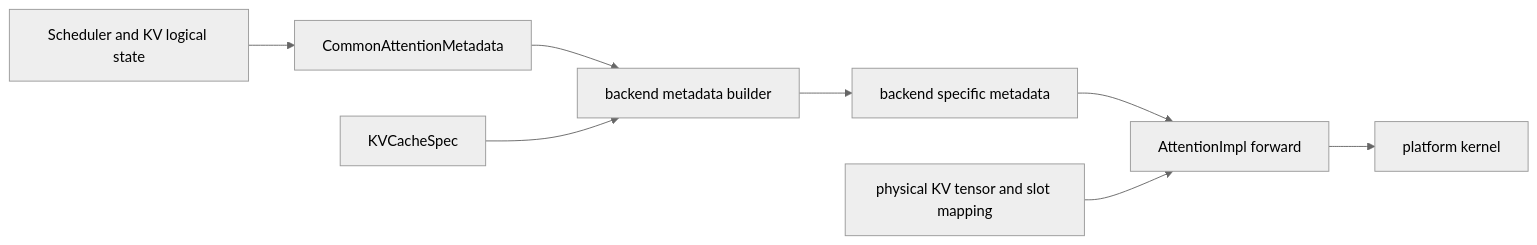
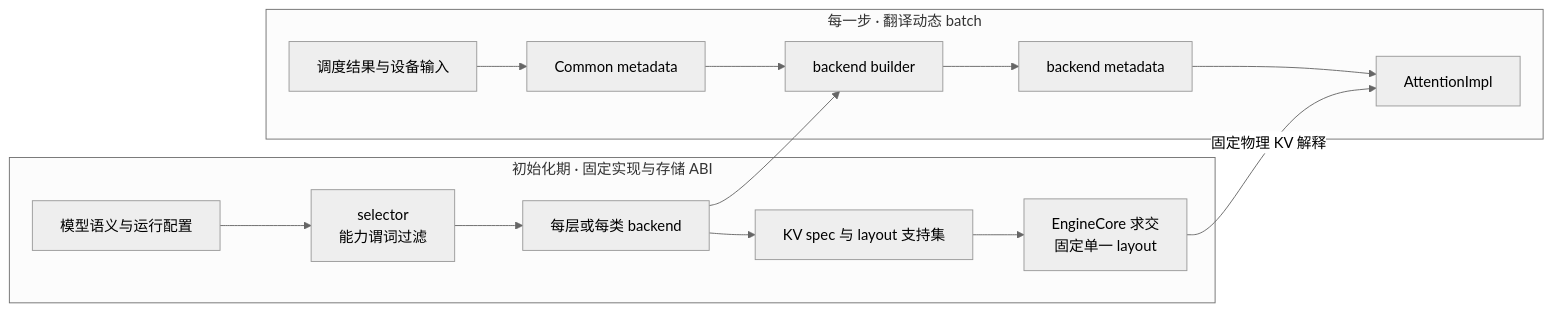
One commit to suhaibo666/llm-knowledge changed the diagram in wiki/02_engineering/03_infer_frameworks/vllm/14_vllm_attention_backends_analysis.md. Above: the diagram before and after it, drawn with Mermaid (neutral theme). The commit also changed other lines of this file, not shown here.

Commit message:
docs(vllm): rebuild attention backend contract analysis

````diff
--- a/wiki/02_engineering/03_infer_frameworks/vllm/14_vllm_attention_backends_analysis.md
+++ b/wiki/02_engineering/03_infer_frameworks/vllm/14_vllm_attention_backends_analysis.md
@@ -41,10 +37,19 @@
 ```mermaid
 flowchart LR
-  Logical["Scheduler and KV logical state"] --> Common["CommonAttentionMetadata"]
-  Common --> Builder["backend metadata builder"]
-  Builder --> Specific["backend specific metadata"]
-  Spec["KVCacheSpec"] --> Builder
-  Specific --> Impl["AttentionImpl forward"]
-  Cache["physical KV tensor and slot mapping"] --> Impl
-  Impl --> Kernel["platform kernel"]
+    subgraph Init["初始化期 · 固定实现与存储 ABI"]
+        C["模型语义与运行配置"] --> S["selector<br/>能力谓词过滤"]
+        S --> B["每层或每类 backend"]
+        B --> K["KV spec 与 layout 支持集"]
+        K --> R["EngineCore 求交<br/>固定单一 layout"]
+    end
+
+    subgraph Step["每一步 · 翻译动态 batch"]
+        O["调度结果与设备输入"] --> M["Common metadata"]
+        M --> MB["backend builder"]
+        MB --> BM["backend metadata"]
+        BM --> I["AttentionImpl"]
+    end
+
+    B --> MB
+    R -->|固定物理 KV 解释| I
 ```
````
